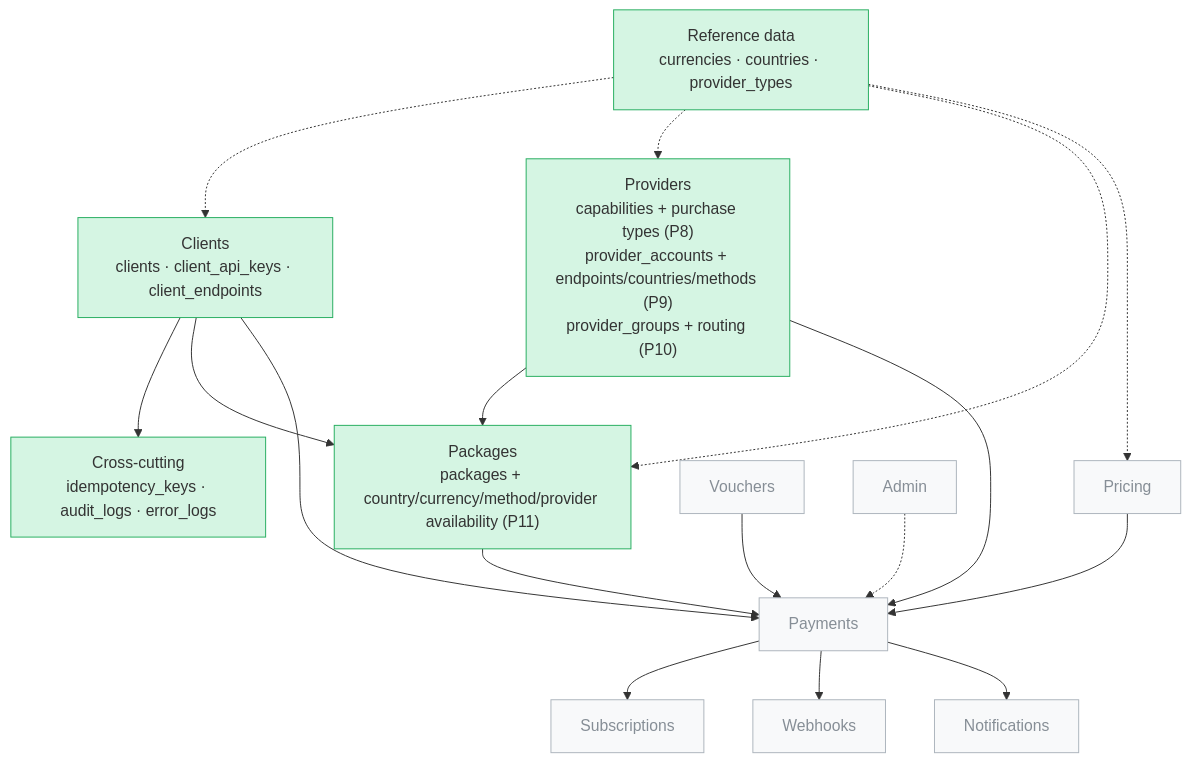
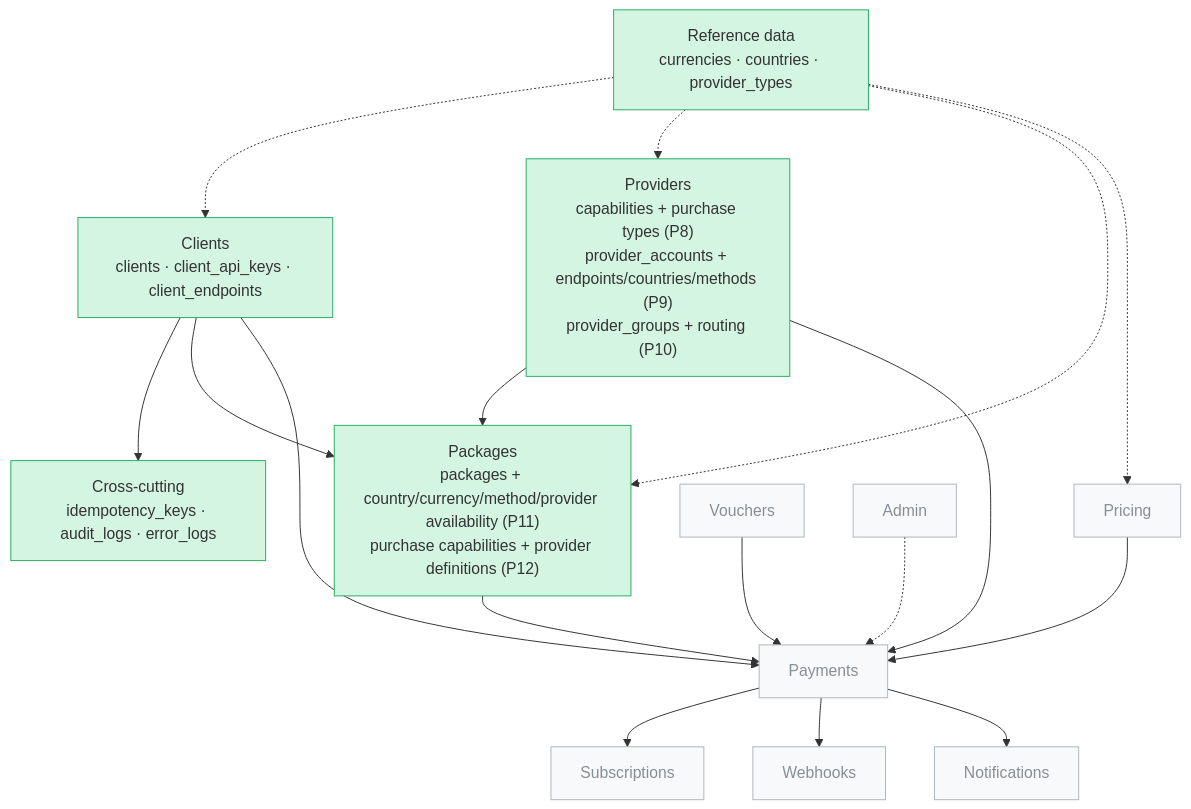
The first of 10 diagrams in .claude/docs/database-diagram.md (mahsashahi/Gomrok), drawn with Mermaid before and after one commit. The commit also changed other lines of this file and 64 other files, not shown here.

````diff
--- a/.claude/docs/database-diagram.md
+++ b/.claude/docs/database-diagram.md
@@ -9,29 +9,29 @@
 ```mermaid
 flowchart TD
     Ref["Reference data<br/>currencies · countries · provider_types"]
     Xc["Cross-cutting<br/>idempotency_keys · audit_logs · error_logs"]
     Clients["Clients<br/>clients · client_api_keys · client_endpoints"]
     Providers["Providers<br/>capabilities + purchase types (P8)<br/>provider_accounts + endpoints/countries/methods (P9)<br/>provider_groups + routing (P10)"]
-    Packages["Packages<br/>packages + country/currency/method/provider availability (P11)"]
+    Packages["Packages<br/>packages + country/currency/method/provider availability (P11)<br/>purchase capabilities + provider definitions (P12)"]
     Ref -.-> Clients
     Ref -.-> Providers
     Ref -.-> Packages
     Ref -.-> Pricing
     Clients --> Xc
     Clients --> Packages
     Providers --> Packages
     Clients --> Payments
     Providers --> Payments
     Packages --> Payments
     Pricing --> Payments
     Vouchers --> Payments
     Payments --> Subscriptions
     Payments --> Webhooks
     Payments --> Notifications
     Admin -.-> Payments
 
     classDef done fill:#d5f5e3,stroke:#27ae60;
     classDef todo fill:#f8f9fa,stroke:#adb5bd,color:#868e96;
     class Ref,Xc,Clients,Providers,Packages done;
     class Pricing,Vouchers,Payments,Subscriptions,Webhooks,Notifications,Admin todo;
 ```
````
